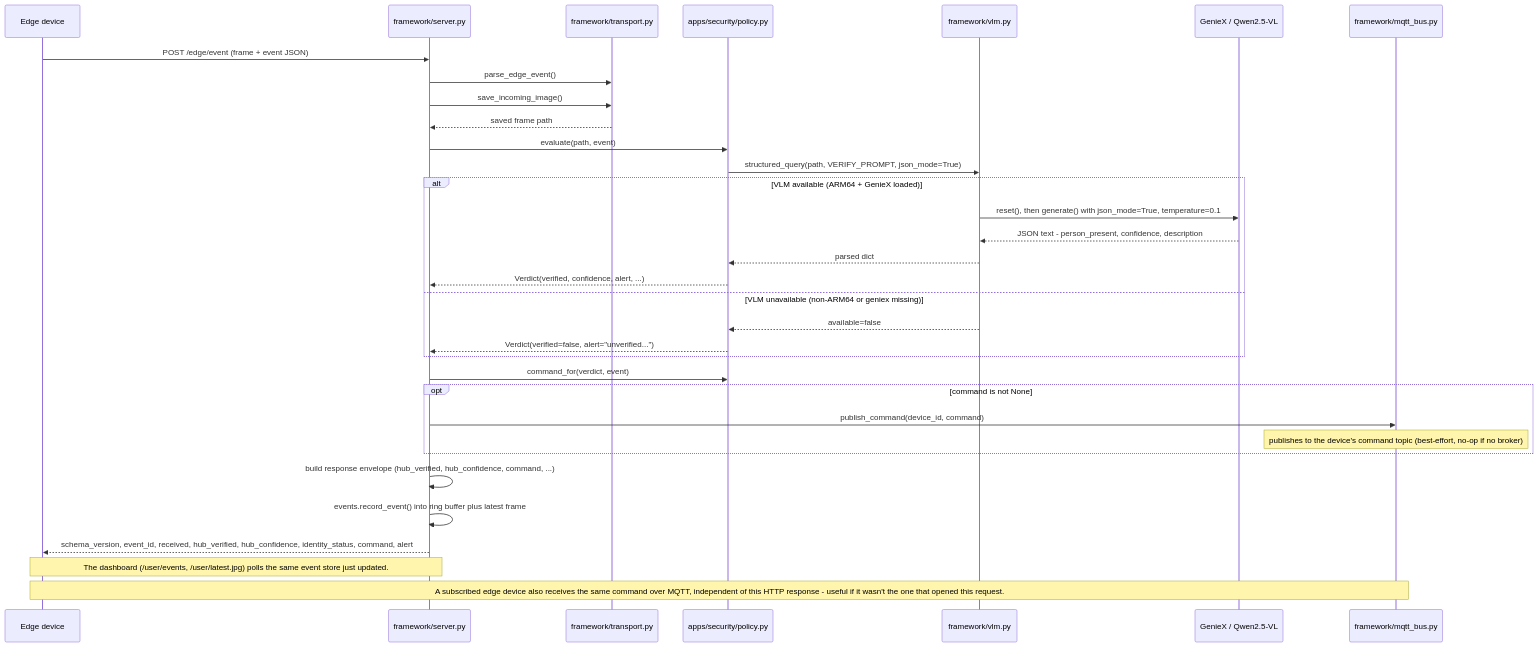
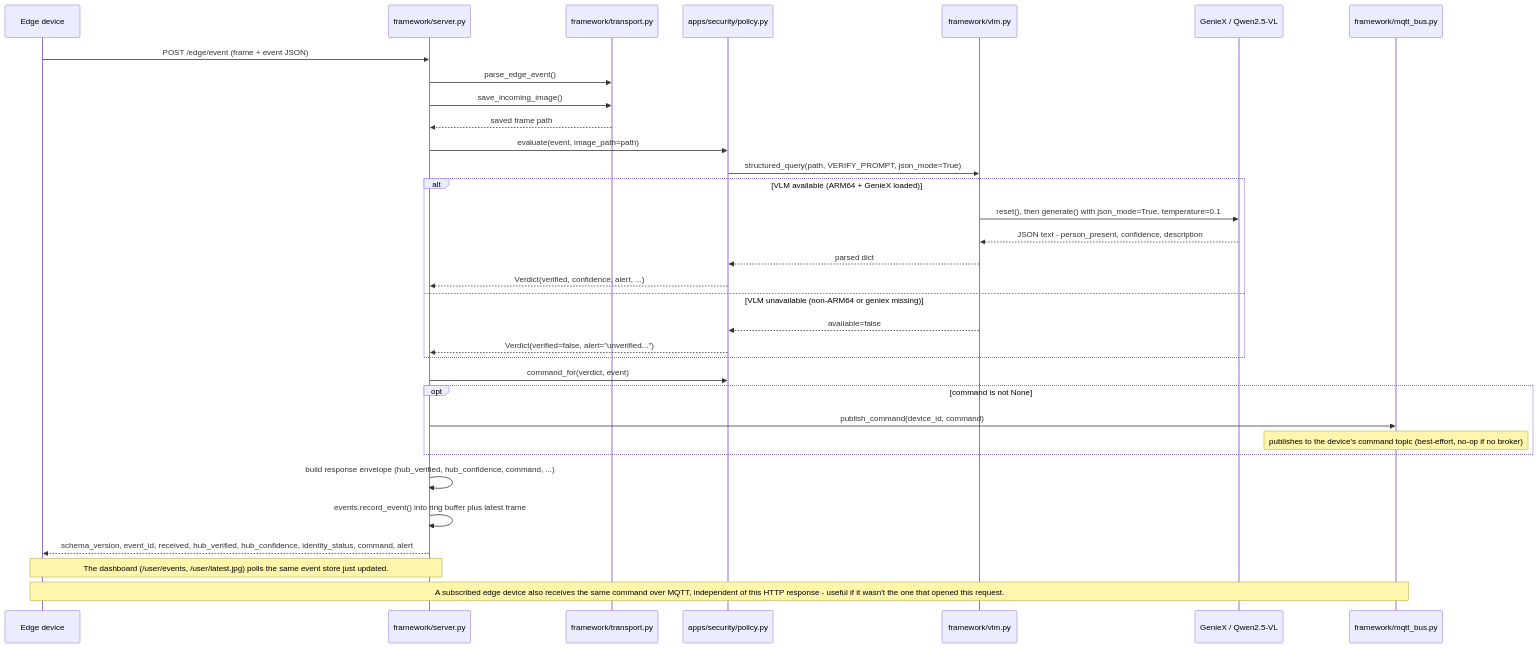
One commit to qonclave/qonclave changed the second of 2 diagrams in hub/README.md. Above: the diagram before and after it, drawn with Mermaid. The commit also changed other lines of this file and 2 other files, not shown here.

First line of the commit message:
Fix stale docs: Policy signature, sms_bus location, framework/README claims

````diff
--- a/hub/README.md
+++ b/hub/README.md
@@ -125,39 +125,39 @@
 ```mermaid
 sequenceDiagram
     participant Edge as Edge device
     participant Server as framework/server.py
     participant Transport as framework/transport.py
     participant Policy as apps/security/policy.py
     participant VLM as framework/vlm.py
     participant Model as GenieX / Qwen2.5-VL
     participant MQTT as framework/mqtt_bus.py
 
     Edge->>Server: POST /edge/event (frame + event JSON)
     Server->>Transport: parse_edge_event()
     Server->>Transport: save_incoming_image()
     Transport-->>Server: saved frame path
 
-    Server->>Policy: evaluate(path, event)
+    Server->>Policy: evaluate(event, image_path=path)
     Policy->>VLM: structured_query(path, VERIFY_PROMPT, json_mode=True)
     alt VLM available (ARM64 + GenieX loaded)
         VLM->>Model: reset(), then generate() with json_mode=True, temperature=0.1
         Model-->>VLM: JSON text - person_present, confidence, description
         VLM-->>Policy: parsed dict
         Policy-->>Server: Verdict(verified, confidence, alert, ...)
     else VLM unavailable (non-ARM64 or geniex missing)
         VLM-->>Policy: available=false
         Policy-->>Server: Verdict(verified=false, alert="unverified...")
     end
 
     Server->>Policy: command_for(verdict, event)
     opt command is not None
         Server->>MQTT: publish_command(device_id, command)
         Note over MQTT: publishes to the device's command topic (best-effort, no-op if no broker)
     end
     Server->>Server: build response envelope (hub_verified, hub_confidence, command, ...)
     Server->>Server: events.record_event() into ring buffer plus latest frame
     Server-->>Edge: schema_version, event_id, received, hub_verified, hub_confidence, identity_status, command, alert
 
     Note over Server,Edge: The dashboard (/user/events, /user/latest.jpg) polls the same event store just updated.
     Note over MQTT,Edge: A subscribed edge device also receives the same command over MQTT, independent of this HTTP response - useful if it wasn't the one that opened this request.
 ```
````
